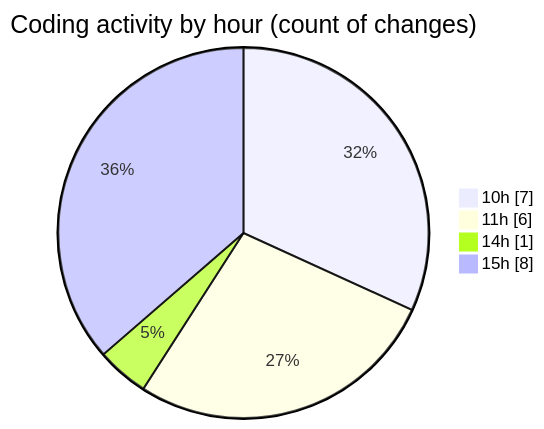
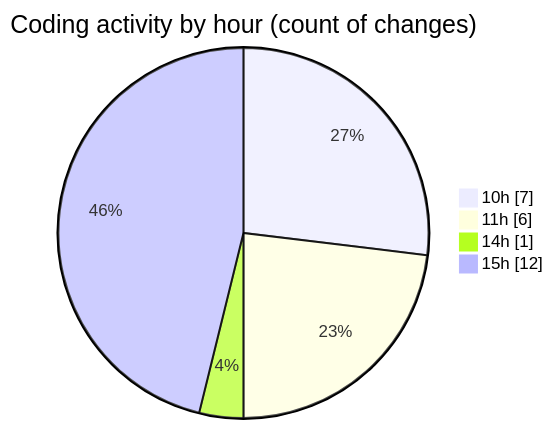
The second of 2 diagrams in 2025-11-18/nxtqube_webapp/README.md (nxtqubesakshisongat/code-tracking), drawn with Mermaid before and after one commit. The commit also changed other lines of this file and 1 other file, not shown here.

````diff
--- a/2025-11-18/nxtqube_webapp/README.md
+++ b/2025-11-18/nxtqube_webapp/README.md
@@ -31,8 +31,8 @@
 ```mermaid
 pie showData
 title Coding activity by hour (count of changes)
 "10h" : 7
 "11h" : 6
 "14h" : 1
-"15h" : 8
+"15h" : 12
 ```
````
